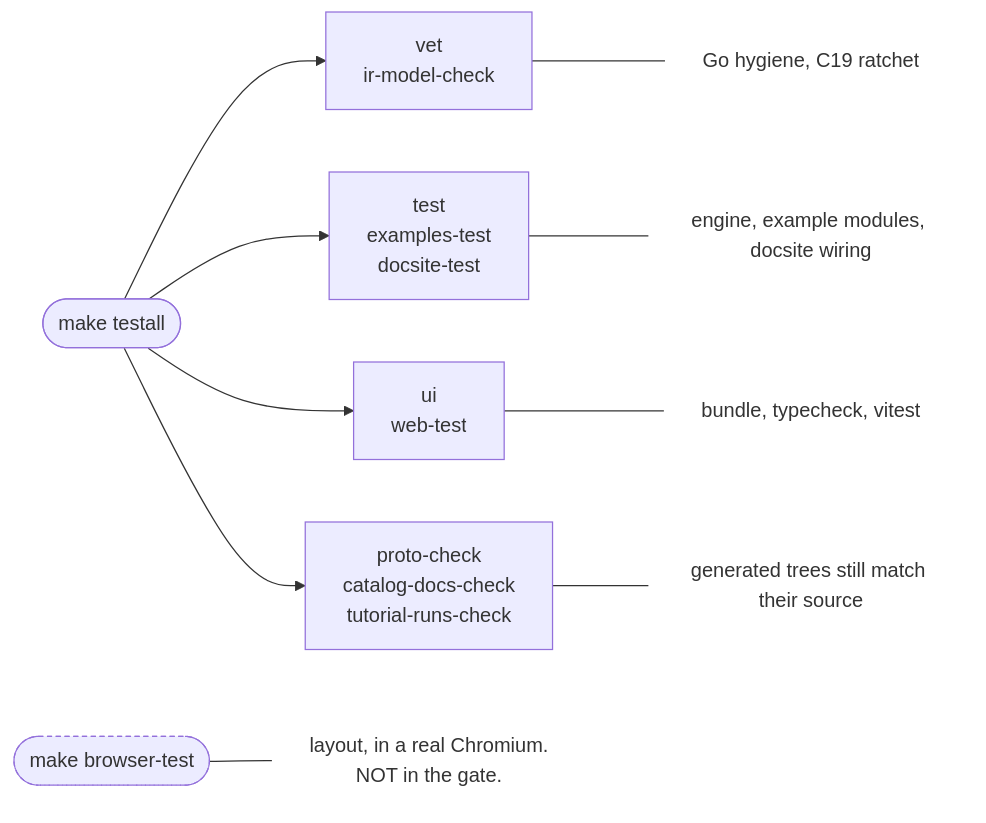
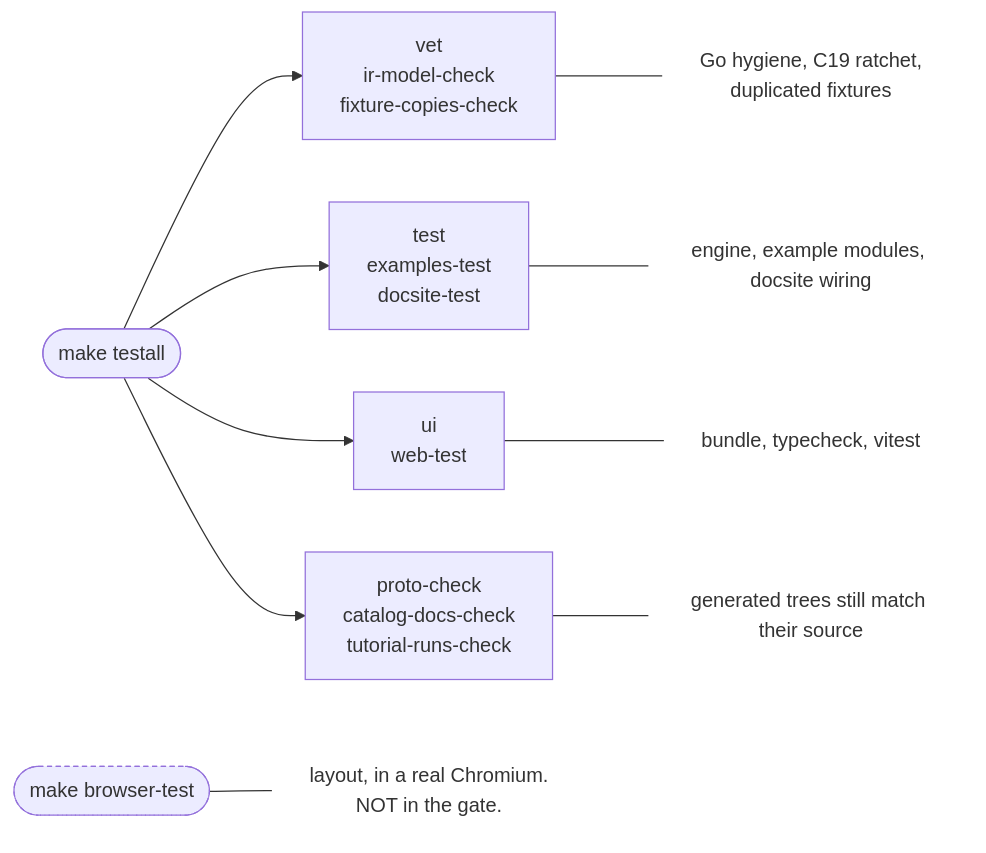
One commit to panyam/agni changed the first of 3 diagrams in docsite/content/build/the-gate.md. Above: the diagram before and after it, drawn with Mermaid. The commit also changed other lines of this file and 14 other files, not shown here.

````diff
--- a/docsite/content/build/the-gate.md
+++ b/docsite/content/build/the-gate.md
@@ -8,17 +8,17 @@
 ```mermaid
 flowchart LR
     T(["make testall"])
-    T --> V["vet<br/>ir-model-check"]
+    T --> V["vet<br/>ir-model-check<br/>fixture-copies-check"]
     T --> E["test<br/>examples-test<br/>docsite-test"]
     T --> W["ui<br/>web-test"]
     T --> G["proto-check<br/>catalog-docs-check<br/>tutorial-runs-check"]
-    V --- Vn["Go hygiene, C19 ratchet"]
+    V --- Vn["Go hygiene, C19 ratchet,<br/>duplicated fixtures"]
     E --- En["engine, example modules, docsite wiring"]
     W --- Wn["bundle, typecheck, vitest"]
     G --- Gn["generated trees still match their source"]
     B(["make browser-test"]) --- Bn["layout, in a real Chromium.<br/>NOT in the gate."]
     classDef note fill:none,stroke:none;
     classDef out stroke-dasharray: 4 3;
     class Vn,En,Wn,Gn,Bn note;
     class B,Bn out;
 ```
````
